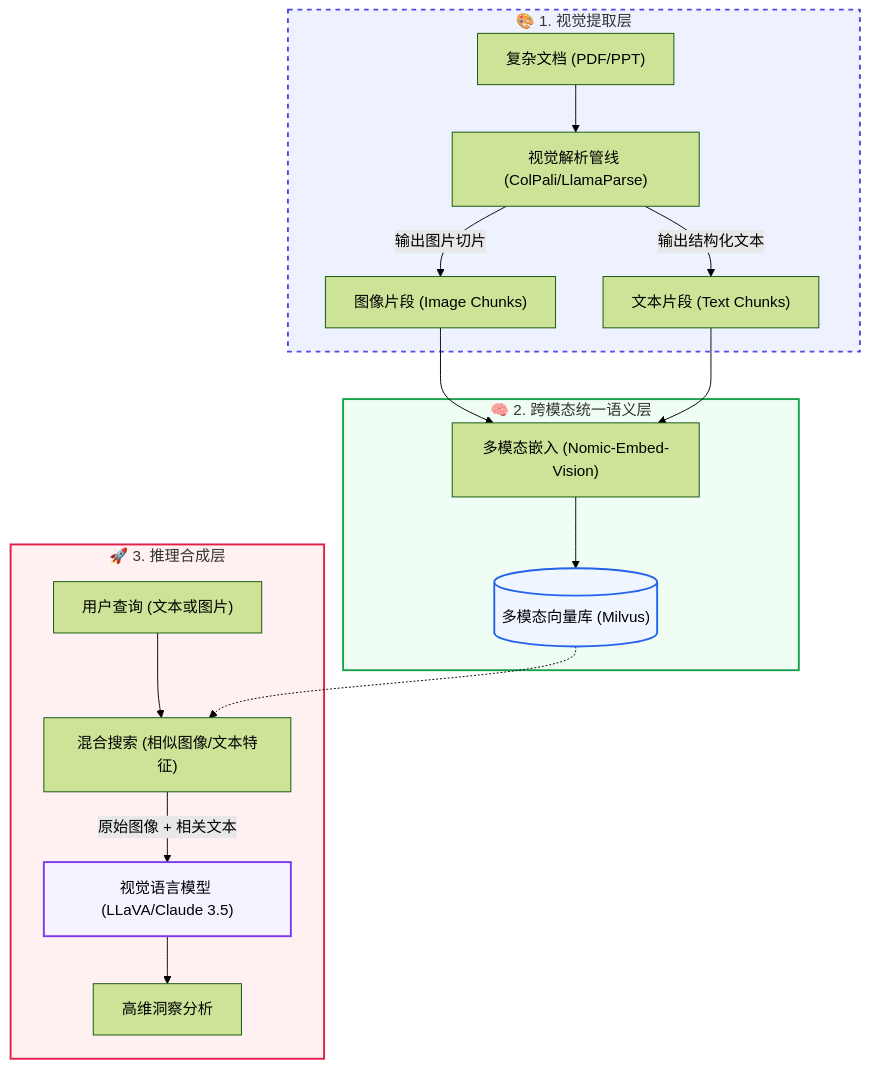
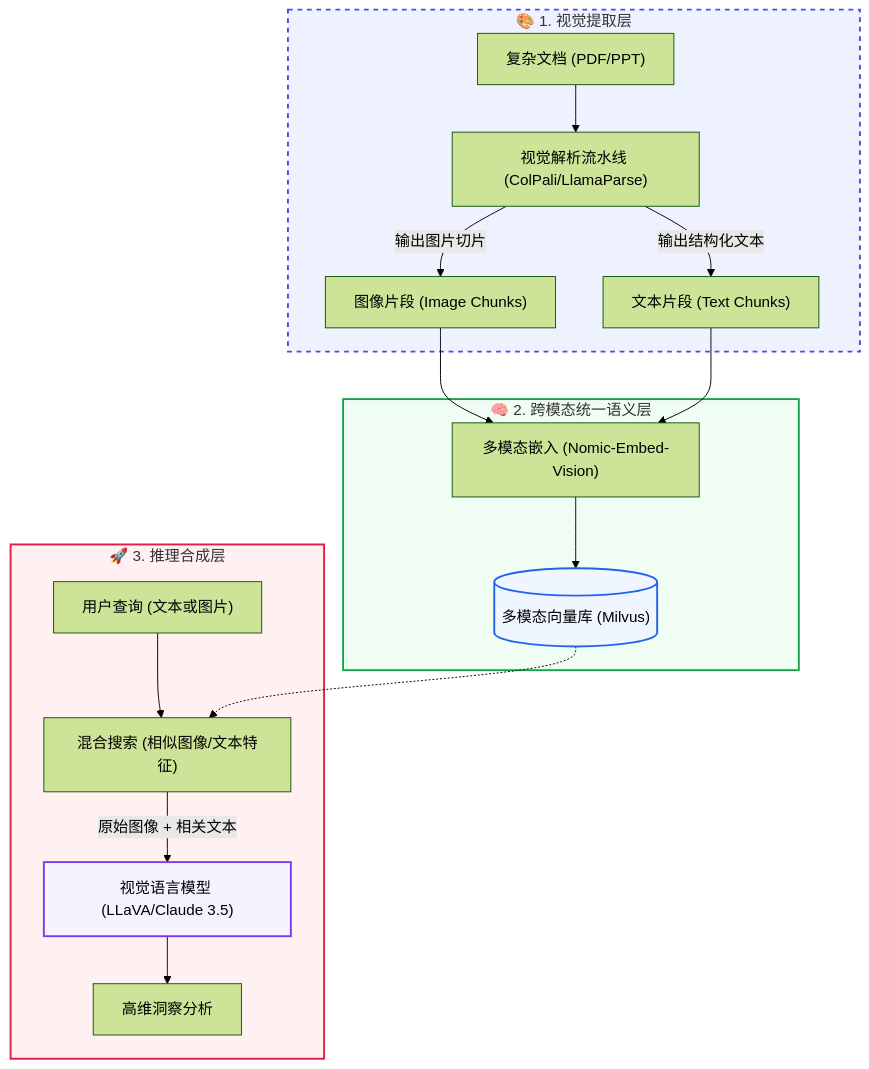
Diagram 26 of 33 in doc/AI_Knowledge_Roadmap.md (wangchong2023/lang-chain-graph), drawn with Mermaid (forest theme) before and after one commit. The commit also changed other lines of this file, not shown here.

Commit message:
docs: update AI knowledge roadmap with new learning resources and milestones

````diff
--- a/doc/AI_Knowledge_Roadmap.md
+++ b/doc/AI_Knowledge_Roadmap.md
@@ -799,28 +1295,28 @@
 ```mermaid
 graph TD
     subgraph VisionLayer ["🎨 1. 视觉提取层"]
-        Raw["复杂文档 (PDF/PPT)"] --> Parser["视觉解析管线 (ColPali/LlamaParse)"]
+        Raw["复杂文档 (PDF/PPT)"] --> Parser["视觉解析流水线 (ColPali/LlamaParse)"]
         Parser -- "输出图片切片" --> ImageChunk["图像片段 (Image Chunks)"]
         Parser -- "输出结构化文本" --> TextChunk["文本片段 (Text Chunks)"]
     end
     
     subgraph SemanticLayer ["🧠 2. 跨模态统一语义层"]
         ImageChunk --> VisionEmbed["多模态嵌入 (Nomic-Embed-Vision)"]
         TextChunk --> VisionEmbed
         VisionEmbed --> VectorDB[("多模态向量库 (Milvus)")]
     end
     
     subgraph ReasoningLayer ["🚀 3. 推理合成层"]
         Query["用户查询 (文本或图片)"] --> Retrieval["混合搜索 (相似图像/文本特征)"]
         VectorDB -.-> Retrieval
         Retrieval -- "原始图像 + 相关文本" --> VLM["视觉语言模型 (LLaVA/Claude 3.5)"]
         VLM --> Output["高维洞察分析"]
     end
 
     %% 样式美化
     style VisionLayer fill:#eef2ff,stroke:#4f46e5,stroke-width:2px,stroke-dasharray: 5 5
     style SemanticLayer fill:#f0fdf4,stroke:#16a34a,stroke-width:2px
     style ReasoningLayer fill:#fff1f2,stroke:#e11d48,stroke-width:2px
     style VLM fill:#f5f3ff,stroke:#7c3aed,stroke-width:2px
     style VectorDB fill:#eff6ff,stroke:#2563eb,stroke-width:2px
 ```
````
